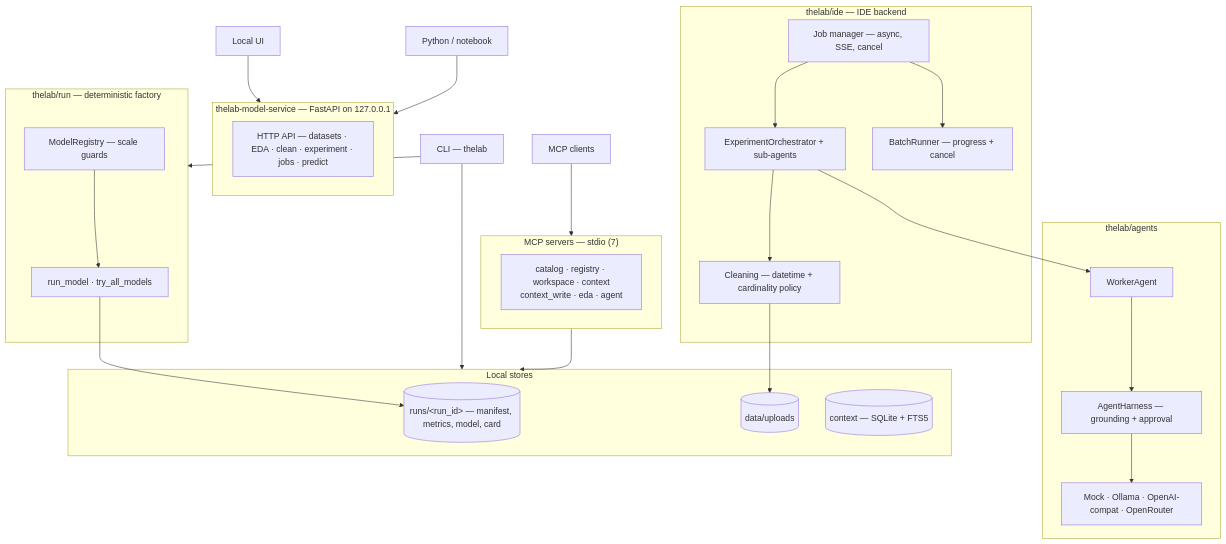
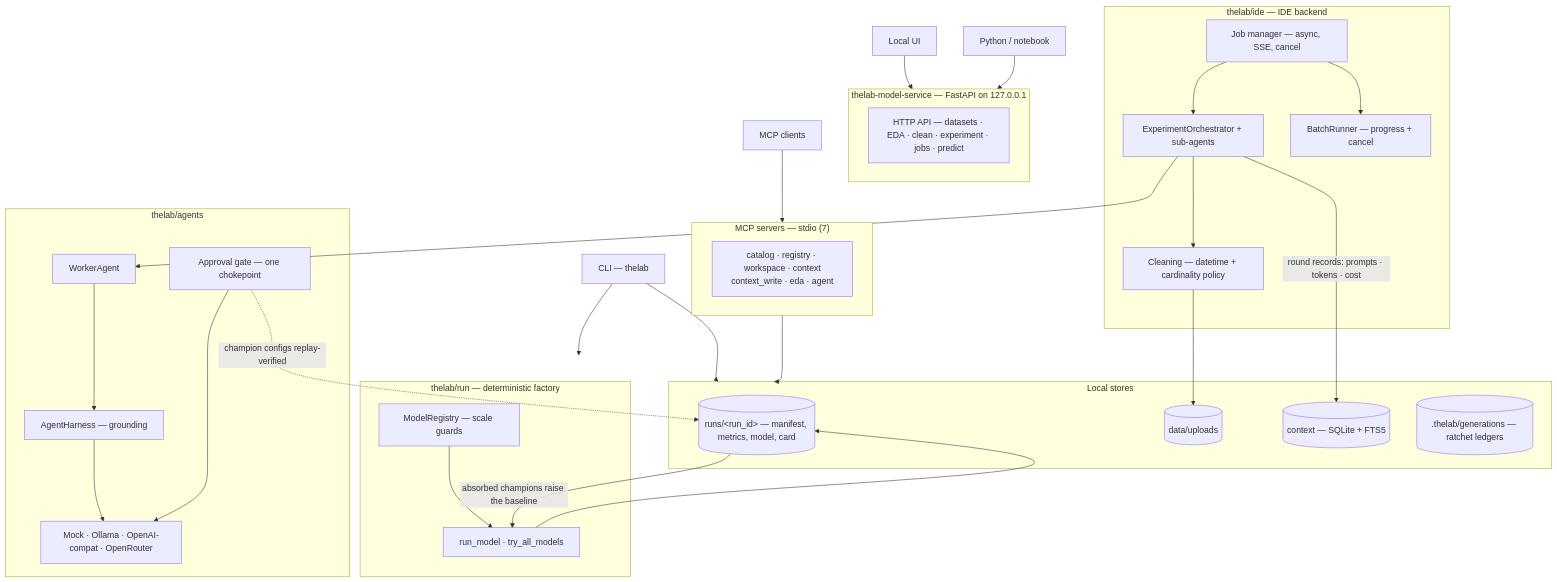
The diagram in README.md (ArturoJKB/the-lab-mcp-tfg), drawn with Mermaid before and after one commit. The commit also changed other lines of this file and 18 other files, not shown here.

````diff
--- a/README.md
+++ b/README.md
@@ -95,50 +100,56 @@
 ```mermaid
 flowchart TB
     UI["Local UI"] --> SVC
     PY["Python / notebook"] --> SVC
     CLI["CLI — thelab"] --> FACTORY
     CLI --> STORES
     MCP["MCP clients"] --> SERVERS
 
     subgraph SVC["thelab-model-service — FastAPI on 127.0.0.1"]
         HTTP["HTTP API — datasets · EDA · clean · experiment · jobs · predict"]
     end
 
     subgraph IDE["thelab/ide — IDE backend"]
         JOBS["Job manager — async, SSE, cancel"]
         ORCH["ExperimentOrchestrator + sub-agents"]
         CLEAN["Cleaning — datetime + cardinality policy"]
         JOBS --> ORCH
         ORCH --> CLEAN
         JOBS --> BATCH
     end
 
     subgraph AG["thelab/agents"]
         WORKER["WorkerAgent"]
-        HARNESS["AgentHarness — grounding + approval"]
+        HARNESS["AgentHarness — grounding"]
         PROV["Mock · Ollama · OpenAI-compat · OpenRouter"]
         WORKER --> HARNESS --> PROV
         ORCH --> WORKER
+        GATE["Approval gate — one chokepoint"]
+        GATE --> PROV
     end
 
     subgraph FACTORY["thelab/run — deterministic factory"]
         BATCH["BatchRunner — progress + cancel"]
         RUNNER["run_model · try_all_models"]
         REG["ModelRegistry — scale guards"]
         REG --> RUNNER
     end
 
     subgraph SERVERS["MCP servers — stdio (7)"]
         TOOLS["catalog · registry · workspace · context<br/>context_write · eda · agent"]
     end
 
     subgraph STORES["Local stores"]
         RUNS[("runs/&lt;run_id&gt; — manifest, metrics, model, card")]
         UPLOADS[("data/uploads")]
         CTX[("context — SQLite + FTS5")]
+        LEDGER[(".thelab/generations — ratchet ledgers")]
     end
 
     CLEAN --> UPLOADS
     RUNNER --> RUNS
     SERVERS --> STORES
+    GATE -.->|champion configs replay-verified| RUNS
+    RUNS -->|"absorbed champions raise the baseline"| RUNNER
+    ORCH -->|"round records: prompts · tokens · cost"| CTX
 ```
````
